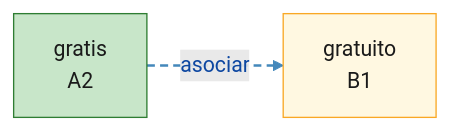
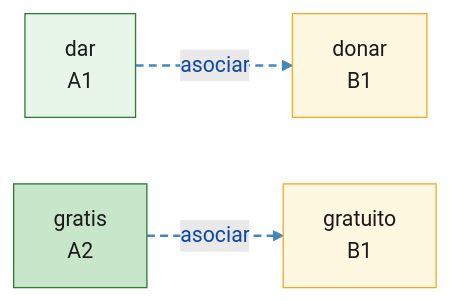
Before and after one commit to auding1900/es-raiz-vocab: the diagram in mindmaps/asociar_a-l-4-4.md, drawn with Mermaid. The commit also changed other lines of this file and 27 other files, not shown here.

First line of the commit message:
feat(data): 新增 C2 词根导图：aequ,equ,par,sim,id,homo,heter

````diff
--- a/mindmaps/asociar_a-l-4-4.md
+++ b/mindmaps/asociar_a-l-4-4.md
@@ -8,17 +8,23 @@
 ```mermaid
 graph LR
+  W_dar["dar<br/>A1"]:::lvlA1
+  W_donar["donar<br/>B1"]:::lvlB1
   W_gratis["gratis<br/>A2"]:::lvlA2
   W_gratuito["gratuito<br/>B1"]:::lvlB1
+  W_dar -.->|asociar| W_donar
   W_gratis -.->|asociar| W_gratuito
   linkStyle 0 stroke:#4488bb,stroke-width:2px,stroke-dasharray:6 4
+  linkStyle 1 stroke:#4488bb,stroke-width:2px,stroke-dasharray:6 4
   classDef root fill:#bbdefb,stroke:#1565c0,stroke-width:2px,color:#0d47a1
   classDef lvlA1 fill:#e8f5e9,stroke:#2e7d32,color:#1a1a1a
   classDef lvlA2 fill:#c8e6c9,stroke:#2e7d32,color:#1a1a1a
   classDef lvlB1 fill:#fff8e1,stroke:#f9a825,color:#1a1a1a
   classDef lvlB2 fill:#ffe0b2,stroke:#ef6c00,color:#1a1a1a
   classDef lvlC1 fill:#ffccbc,stroke:#d84315,color:#1a1a1a
   classDef lvlC2 fill:#ffcdd2,stroke:#b71c1c,color:#1a1a1a
   classDef lvlNA fill:#f5f5f5,stroke:#9e9e9e,color:#424242
+  click W_dar "https://www.doubao.com/chat?q=%E8%A5%BF%E7%8F%AD%E7%89%99%E8%AF%ADdar%EF%BC%8C%E8%AF%8D%E6%A0%B9dare%EF%BC%8C%E8%A7%A3%E9%87%8A%E8%AF%8D%E4%B9%89%E3%80%81DELE%E7%AD%89%E7%BA%A7%E3%80%81%E8%AF%AD%E4%BD%93%E3%80%81%E5%B8%B8%E7%94%A8%E6%90%AD%E9%85%8D%E3%80%81%E8%BF%91%E4%B9%89%E8%AF%8D%E8%BE%A8%E6%9E%90%EF%BC%8C%E5%B9%B6%E4%B8%94%E7%BB%992%E6%9D%A1%E6%9D%A5%E8%87%AA%E5%85%AC%E7%89%88%E8%A5%BF%E8%AF%AD%E6%96%87%E6%9C%AC%EF%BC%88Wikisource%2F%E5%8F%A4%E7%99%BB%E5%A0%A1%EF%BC%89%E7%9A%84%E8%87%AA%E7%84%B6%E4%BE%8B%E5%8F%A5%EF%BC%8C%E4%BE%8B%E5%8F%A5%E4%BC%98%E5%85%88%E9%80%89%E7%94%A8%E7%8E%B0%E4%BB%A3%E6%A0%87%E5%87%86%E8%A5%BF%E7%8F%AD%E7%89%99%E8%AF%AD%EF%BC%8C%E5%8F%A4%E4%BD%93%E4%BE%8B%E5%8F%A5%E6%A0%87%E6%B3%A8%E3%80%90arca%C3%ADsmo%E3%80%91" "豆包查询：dar" _blank
+  click W_donar "https://www.doubao.com/chat?q=%E8%A5%BF%E7%8F%AD%E7%89%99%E8%AF%ADdonar%EF%BC%8C%E8%AF%8D%E6%A0%B9don%EF%BC%8C%E8%A7%A3%E9%87%8A%E8%AF%8D%E4%B9%89%E3%80%81DELE%E7%AD%89%E7%BA%A7%E3%80%81%E8%AF%AD%E4%BD%93%E3%80%81%E5%B8%B8%E7%94%A8%E6%90%AD%E9%85%8D%E3%80%81%E8%BF%91%E4%B9%89%E8%AF%8D%E8%BE%A8%E6%9E%90%EF%BC%8C%E5%B9%B6%E4%B8%94%E7%BB%992%E6%9D%A1%E6%9D%A5%E8%87%AA%E5%85%AC%E7%89%88%E8%A5%BF%E8%AF%AD%E6%96%87%E6%9C%AC%EF%BC%88Wikisource%2F%E5%8F%A4%E7%99%BB%E5%A0%A1%EF%BC%89%E7%9A%84%E8%87%AA%E7%84%B6%E4%BE%8B%E5%8F%A5%EF%BC%8C%E4%BE%8B%E5%8F%A5%E4%BC%98%E5%85%88%E9%80%89%E7%94%A8%E7%8E%B0%E4%BB%A3%E6%A0%87%E5%87%86%E8%A5%BF%E7%8F%AD%E7%89%99%E8%AF%AD%EF%BC%8C%E5%8F%A4%E4%BD%93%E4%BE%8B%E5%8F%A5%E6%A0%87%E6%B3%A8%E3%80%90arca%C3%ADsmo%E3%80%91" "豆包查询：donar" _blank
   click W_gratis "https://www.doubao.com/chat?q=%E8%A5%BF%E7%8F%AD%E7%89%99%E8%AF%ADgratis%EF%BC%8C%E8%AF%8D%E6%A0%B9grat%EF%BC%8C%E8%A7%A3%E9%87%8A%E8%AF%8D%E4%B9%89%E3%80%81DELE%E7%AD%89%E7%BA%A7%E3%80%81%E8%AF%AD%E4%BD%93%E3%80%81%E5%B8%B8%E7%94%A8%E6%90%AD%E9%85%8D%E3%80%81%E8%BF%91%E4%B9%89%E8%AF%8D%E8%BE%A8%E6%9E%90%EF%BC%8C%E5%B9%B6%E4%B8%94%E7%BB%992%E6%9D%A1%E6%9D%A5%E8%87%AA%E5%85%AC%E7%89%88%E8%A5%BF%E8%AF%AD%E6%96%87%E6%9C%AC%EF%BC%88Wikisource%2F%E5%8F%A4%E7%99%BB%E5%A0%A1%EF%BC%89%E7%9A%84%E8%87%AA%E7%84%B6%E4%BE%8B%E5%8F%A5%EF%BC%8C%E4%BE%8B%E5%8F%A5%E4%BC%98%E5%85%88%E9%80%89%E7%94%A8%E7%8E%B0%E4%BB%A3%E6%A0%87%E5%87%86%E8%A5%BF%E7%8F%AD%E7%89%99%E8%AF%AD%EF%BC%8C%E5%8F%A4%E4%BD%93%E4%BE%8B%E5%8F%A5%E6%A0%87%E6%B3%A8%E3%80%90arca%C3%ADsmo%E3%80%91" "豆包查询：gratis" _blank
   click W_gratuito "https://www.doubao.com/chat?q=%E8%A5%BF%E7%8F%AD%E7%89%99%E8%AF%ADgratuito%EF%BC%8C%E8%AF%8D%E6%A0%B9grat%EF%BC%8C%E8%A7%A3%E9%87%8A%E8%AF%8D%E4%B9%89%E3%80%81DELE%E7%AD%89%E7%BA%A7%E3%80%81%E8%AF%AD%E4%BD%93%E3%80%81%E5%B8%B8%E7%94%A8%E6%90%AD%E9%85%8D%E3%80%81%E8%BF%91%E4%B9%89%E8%AF%8D%E8%BE%A8%E6%9E%90%EF%BC%8C%E5%B9%B6%E4%B8%94%E7%BB%992%E6%9D%A1%E6%9D%A5%E8%87%AA%E5%85%AC%E7%89%88%E8%A5%BF%E8%AF%AD%E6%96%87%E6%9C%AC%EF%BC%88Wikisource%2F%E5%8F%A4%E7%99%BB%E5%A0%A1%EF%BC%89%E7%9A%84%E8%87%AA%E7%84%B6%E4%BE%8B%E5%8F%A5%EF%BC%8C%E4%BE%8B%E5%8F%A5%E4%BC%98%E5%85%88%E9%80%89%E7%94%A8%E7%8E%B0%E4%BB%A3%E6%A0%87%E5%87%86%E8%A5%BF%E7%8F%AD%E7%89%99%E8%AF%AD%EF%BC%8C%E5%8F%A4%E4%BD%93%E4%BE%8B%E5%8F%A5%E6%A0%87%E6%B3%A8%E3%80%90arca%C3%ADsmo%E3%80%91" "豆包查询：gratuito" _blank
 ```
````
